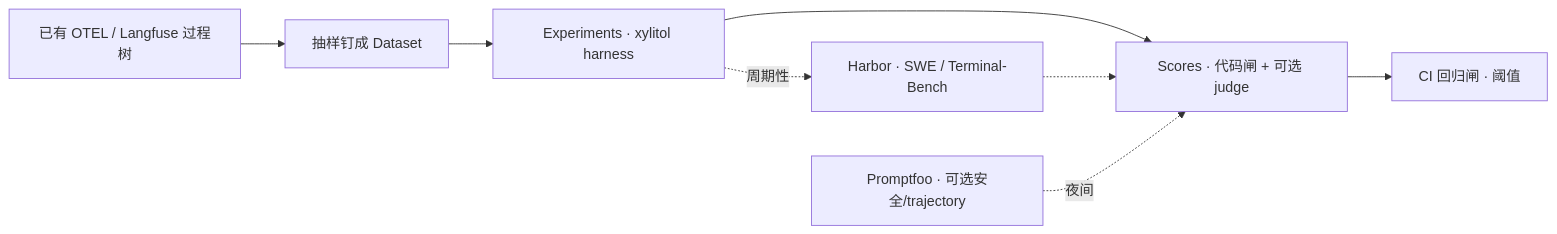
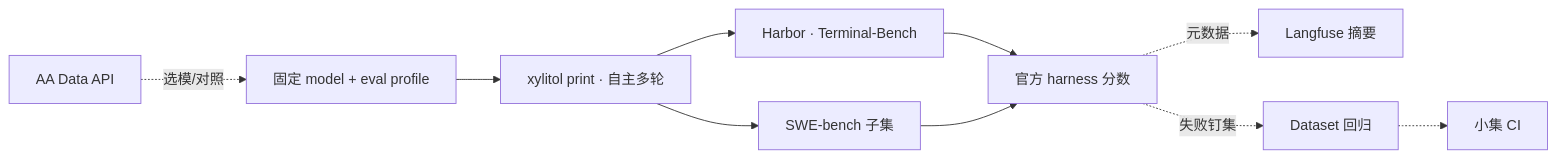
The diagram in docs/roadmaps/Agent-Eval与回归基准.md (StrayDragon/xylitol), drawn with Mermaid before and after one commit. The commit also changed other lines of this file and 2 other files, not shown here.

First line of the commit message:
docs: reorient agent eval toward benchmark harnesses

````diff
--- a/docs/roadmaps/Agent-Eval与回归基准.md
+++ b/docs/roadmaps/Agent-Eval与回归基准.md
@@ -36,10 +44,12 @@
 ```mermaid
 flowchart LR
-  Trace["已有 OTEL / Langfuse 过程树"] --> Seed["抽样钉成 Dataset"]
-  Seed --> Exp["Experiments · xylitol harness"]
-  Exp --> Score["Scores · 代码闸 + 可选 judge"]
-  Score --> CI["CI 回归闸 · 阈值"]
-  Exp -.->|周期性| Harbor["Harbor · SWE / Terminal-Bench"]
-  Harbor -.-> Score
-  Promptfoo["Promptfoo · 可选安全/trajectory"] -.->|夜间| Score
+  Model["固定 model + eval profile"] --> Print["xylitol print · 自主多轮"]
+  Print --> TB["Harbor · Terminal-Bench"]
+  Print --> SWE["SWE-bench 子集"]
+  TB --> Score["官方 harness 分数"]
+  SWE --> Score
+  Score -.->|元数据| LF["Langfuse 摘要"]
+  Score -.->|失败钉集| DS["Dataset 回归"]
+  DS -.-> CI["小集 CI"]
+  AA["AA Data API"] -.->|选模/对照| Model
 ```
````
